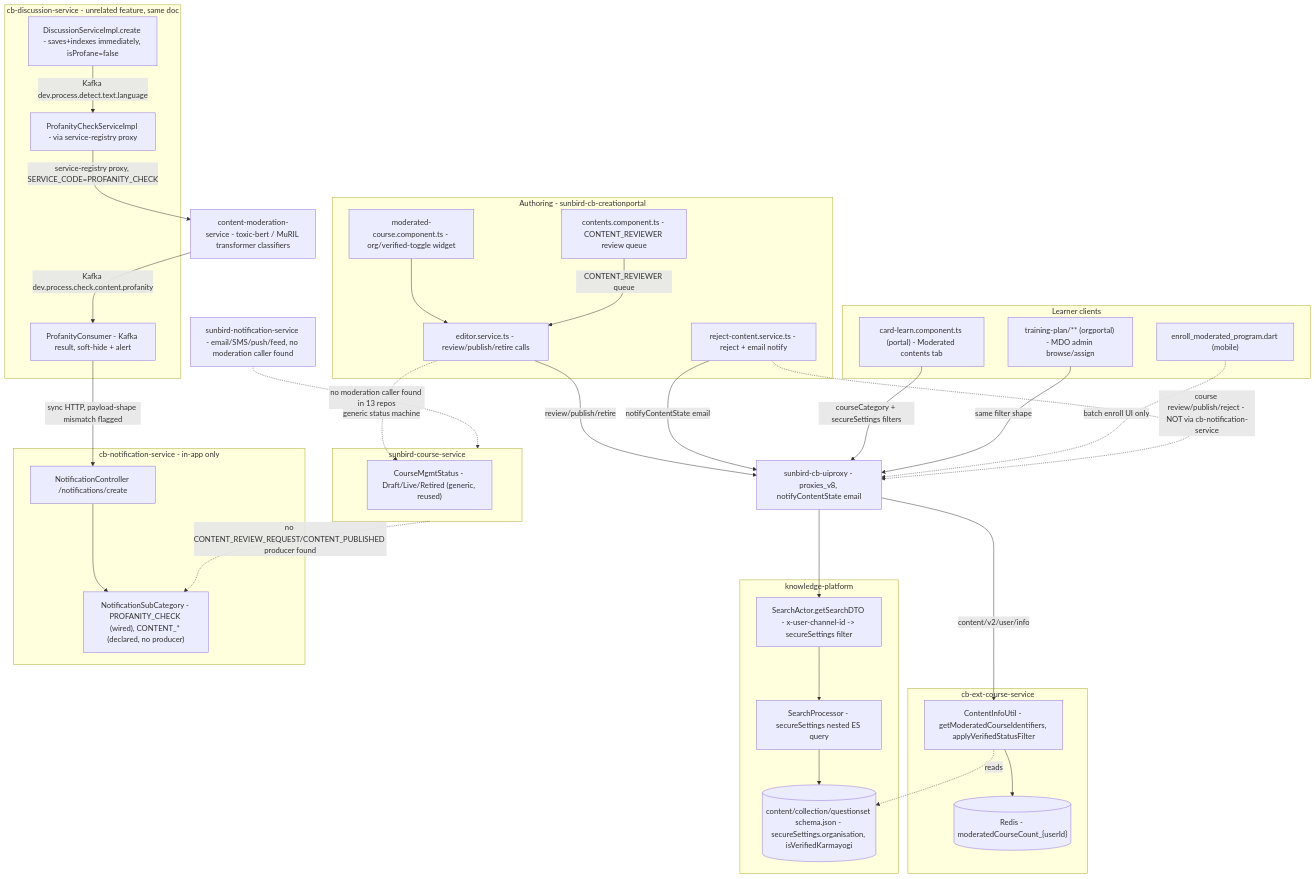
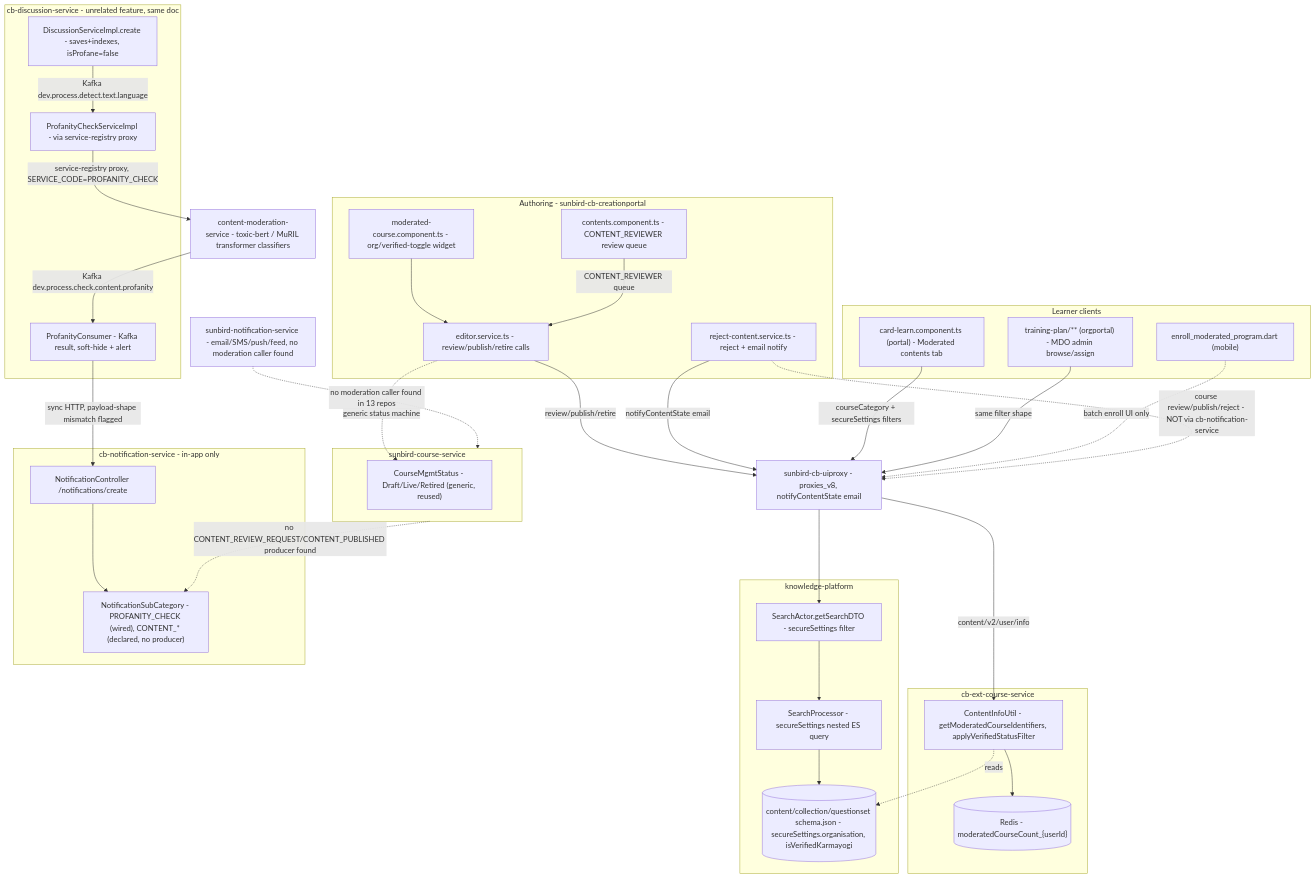
One commit to KB-iGOT/igot-docs changed the diagram in docs/learning-hub/moderated-content/hld.md. Above: the diagram before and after it, drawn with Mermaid. The commit also changed other lines of this file and 23 other files, not shown here.

````diff
--- a/docs/learning-hub/moderated-content/hld.md
+++ b/docs/learning-hub/moderated-content/hld.md
@@ -11,68 +11,68 @@
 ```mermaid
 flowchart TB
     subgraph Author["Authoring - sunbird-cb-creationportal"]
         MOD["moderated-course.component.ts - org/verified-toggle widget"]
         REV["contents.component.ts - CONTENT_REVIEWER review queue"]
         ES["editor.service.ts - review/publish/retire calls"]
         RCS["reject-content.service.ts - reject + email notify"]
     end
 
     subgraph Learner["Learner clients"]
         CL["card-learn.component.ts (portal) - Moderated contents tab"]
         ORG["training-plan/** (orgportal) - MDO admin browse/assign"]
         MOB["enroll_moderated_program.dart (mobile)"]
     end
 
     GW["sunbird-cb-uiproxy - proxies_v8, notifyContentState email"]
 
     subgraph KP["knowledge-platform"]
-        SA["SearchActor.getSearchDTO - x-user-channel-id -> secureSettings filter"]
+        SA["SearchActor.getSearchDTO - secureSettings filter"]
         SP["SearchProcessor - secureSettings nested ES query"]
         Schema[("content/collection/questionset schema.json - secureSettings.organisation, isVerifiedKarmayogi")]
     end
 
     subgraph Ext["cb-ext-course-service"]
         CIU["ContentInfoUtil - getModeratedCourseIdentifiers, applyVerifiedStatusFilter"]
         Redis[("Redis - moderatedCourseCount_{userId}")]
     end
 
     subgraph CS["sunbird-course-service"]
         WF["CourseMgmtStatus - Draft/Live/Retired (generic, reused)"]
     end
 
     subgraph Disc["cb-discussion-service - unrelated feature, same doc"]
-        DSI["DiscussionServiceImpl.create - saves+indexes immediately, isProfane=false"]
+        DSI["DiscussionServiceImpl.create - saves+indexes, isProfane=false"]
         PCS["ProfanityCheckServiceImpl - via service-registry proxy"]
         PC["ProfanityConsumer - Kafka result, soft-hide + alert"]
     end
 
     CMS["content-moderation-service - toxic-bert / MuRIL transformer classifiers"]
 
     subgraph NotifIn["cb-notification-service - in-app only"]
         NC["NotificationController /notifications/create"]
         NSC["NotificationSubCategory - PROFANITY_CHECK (wired), CONTENT_* (declared, no producer)"]
     end
 
     SNS["sunbird-notification-service - email/SMS/push/feed, no moderation caller found"]
 
     MOD --> ES -->|"review/publish/retire"| GW
     REV -->|"CONTENT_REVIEWER queue"| ES
     RCS -->|"notifyContentState email"| GW
     CL -->|"courseCategory + secureSettings filters"| GW
     ORG -->|"same filter shape"| GW
     MOB -.->|"batch enroll UI only"| GW
     GW --> SA --> SP --> Schema
     GW -->|"content/v2/user/info"| CIU --> Redis
     CIU -.->|"reads"| Schema
     ES -.->|"generic status machine"| WF
 
     DSI -->|"Kafka dev.process.detect.text.language"| PCS
     PCS -->|"service-registry proxy, SERVICE_CODE=PROFANITY_CHECK"| CMS
     CMS -->|"Kafka dev.process.check.content.profanity"| PC
     PC -->|"sync HTTP, payload-shape mismatch flagged"| NC
     NC --> NSC
 
     RCS -.->|"course review/publish/reject - NOT via cb-notification-service"| GW
     CS -.->|"no CONTENT_REVIEW_REQUEST/CONTENT_PUBLISHED producer found"| NSC
     SNS -.->|"no moderation caller found in 13 repos"| CS
 ```
````
